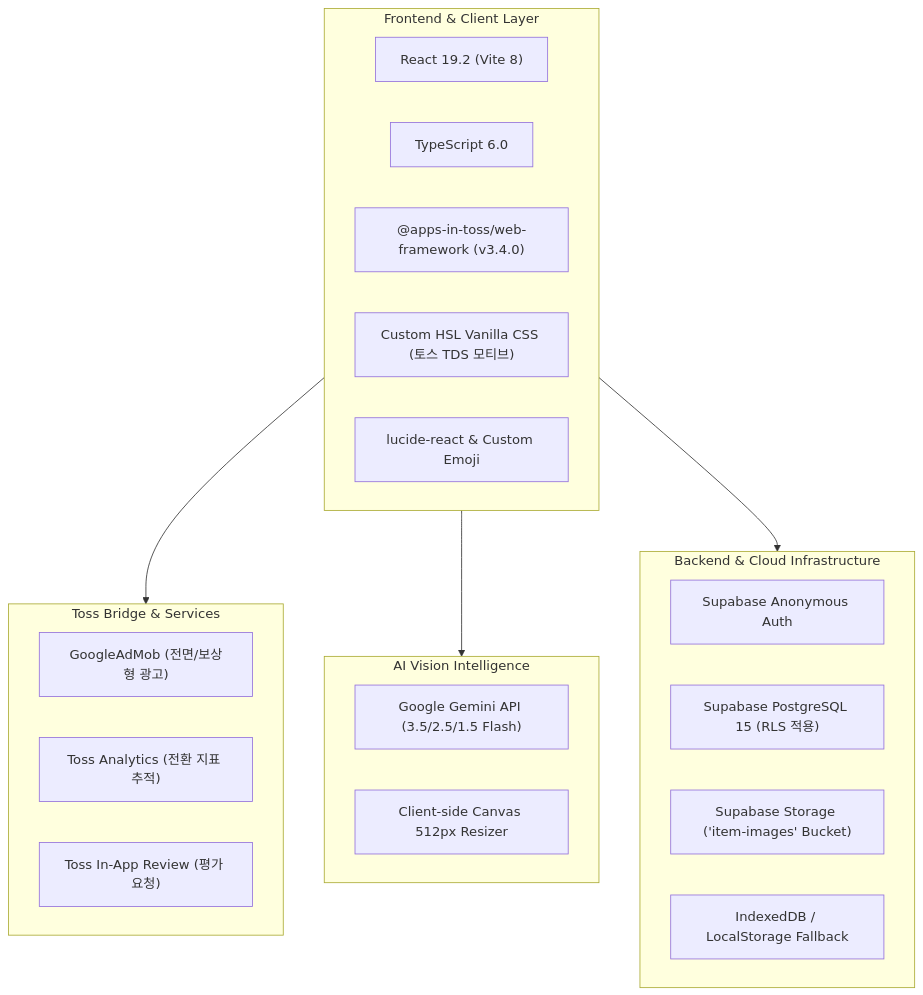
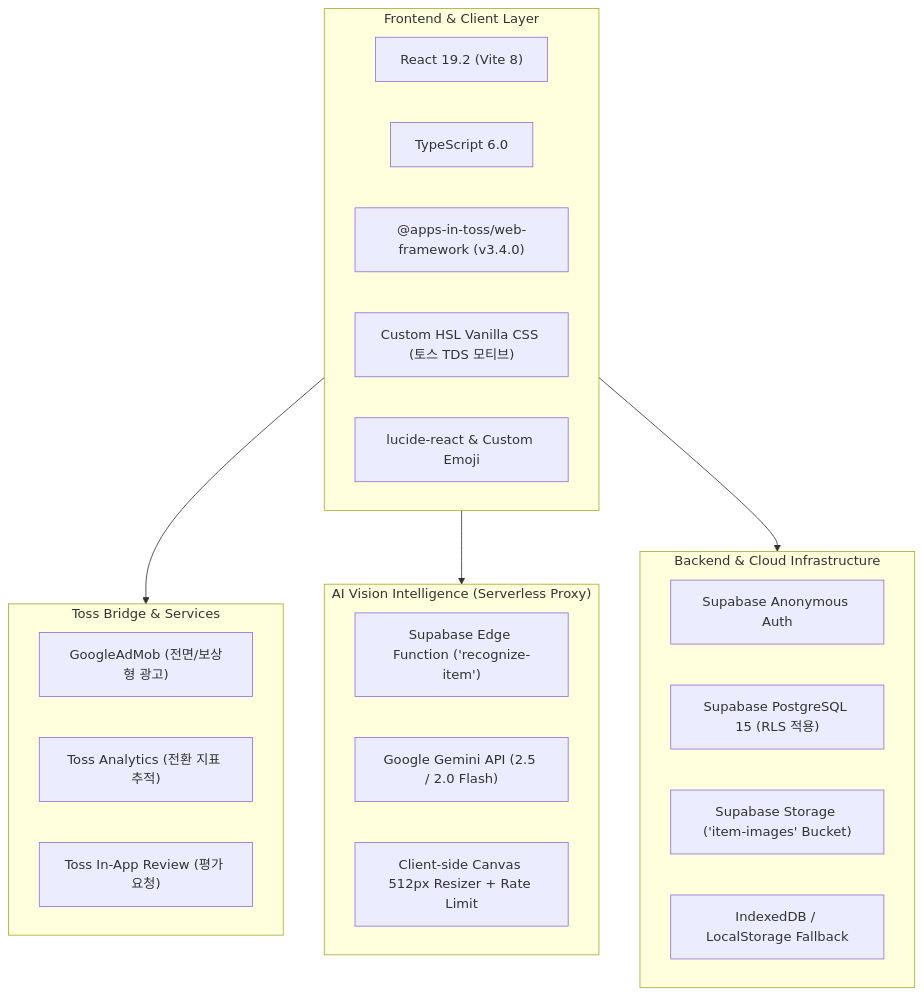
The first of 3 diagrams in where_is_it_summary.md (tauriqon/where-is-it), drawn with Mermaid before and after one commit. The commit also changed other lines of this file and 6 other files, not shown here.

Commit message:
fix: move gemini vision to supabase edge function with rate limiting (v1.1.0-b00286)

````diff
--- a/where_is_it_summary.md
+++ b/where_is_it_summary.md
@@ -37,32 +37,33 @@
 ```mermaid
 flowchart TD
     subgraph Client["Frontend & Client Layer"]
         React["React 19.2 (Vite 8)"]
         TS["TypeScript 6.0"]
         AIT["@apps-in-toss/web-framework (v3.4.0)"]
         CSS["Custom HSL Vanilla CSS (토스 TDS 모티브)"]
         Icons["lucide-react & Custom Emoji"]
     end
 
     subgraph NativeBridge["Toss Bridge & Services"]
         Ads["GoogleAdMob (전면/보상형 광고)"]
         Analytics["Toss Analytics (전환 지표 추적)"]
         Review["Toss In-App Review (평가 요청)"]
     end
 
-    subgraph AI["AI Vision Intelligence"]
-        Gemini["Google Gemini API (3.5/2.5/1.5 Flash)"]
-        Compressor["Client-side Canvas 512px Resizer"]
+    subgraph AI["AI Vision Intelligence (Serverless Proxy)"]
+        EdgeProxy["Supabase Edge Function ('recognize-item')"]
+        Gemini["Google Gemini API (2.5 / 2.0 Flash)"]
+        Compressor["Client-side Canvas 512px Resizer + Rate Limit"]
     end
 
     subgraph Backend["Backend & Cloud Infrastructure"]
         SupaAuth["Supabase Anonymous Auth"]
         SupaDB["Supabase PostgreSQL 15 (RLS 적용)"]
         SupaStorage["Supabase Storage ('item-images' Bucket)"]
         LocalCache["IndexedDB / LocalStorage Fallback"]
     end
 
     Client --> NativeBridge
     Client --> AI
     Client --> Backend
 ```
````
